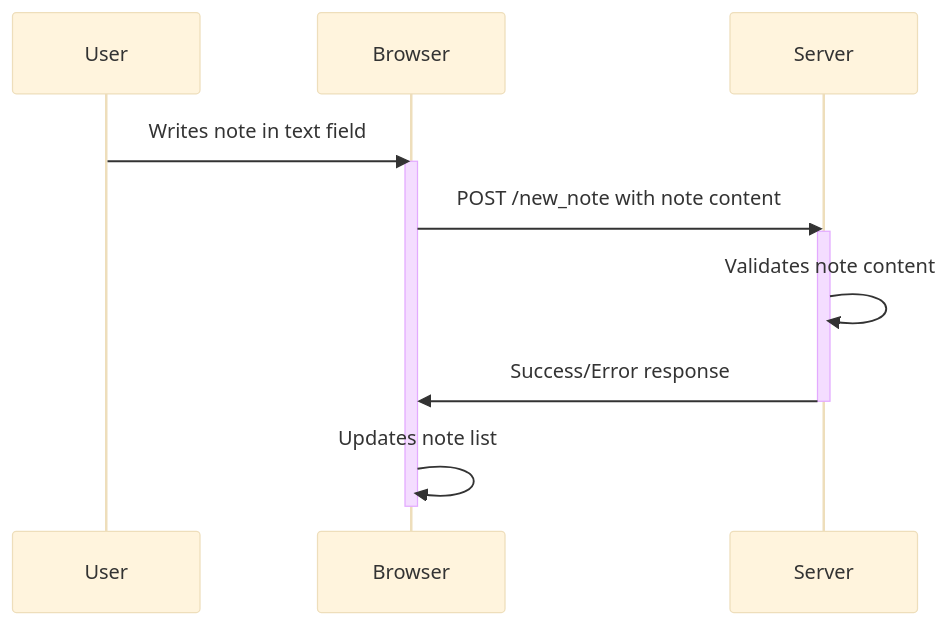
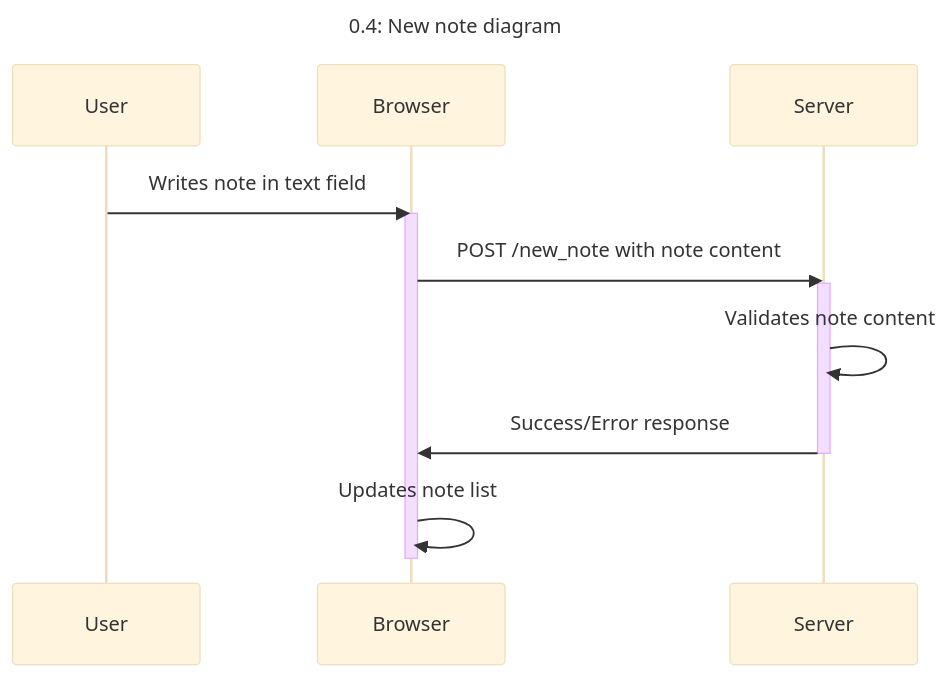
Before and after one commit to mesfin-2/Fullstackopen-2024: the diagram in part0/form-submit-diagram.md, drawn with Mermaid (base theme).

````diff
--- a/part0/form-submit-diagram.md
+++ b/part0/form-submit-diagram.md
@@ -2,16 +2,17 @@
 ```mermaid
 sequenceDiagram
+    title 0.4: New note diagram
     participant User
     participant Browser
     participant Server
 
     User->>Browser: Writes note in text field
     activate Browser
     Browser->>Server: POST /new_note with note content
     activate Server
     Server->>Server: Validates note content
     Server->>Browser: Success/Error response
     deactivate Server
     Browser->>Browser: Updates note list
     deactivate Browser
 ```
````
